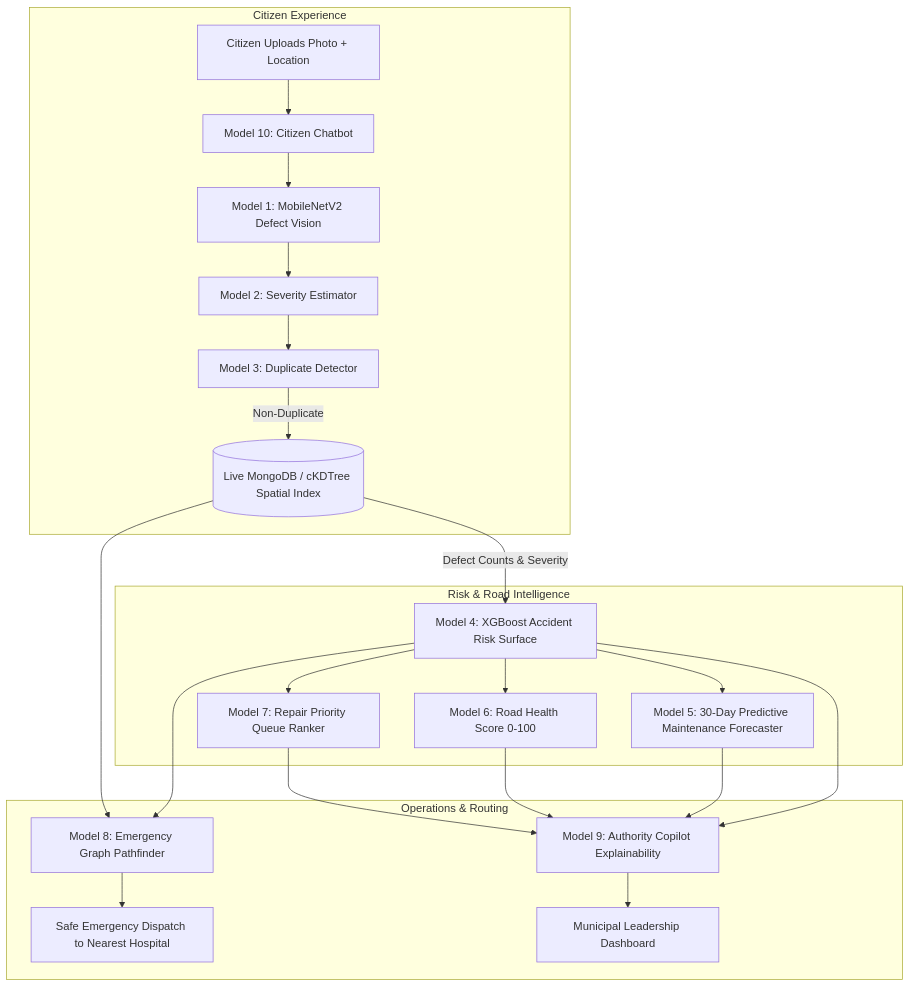
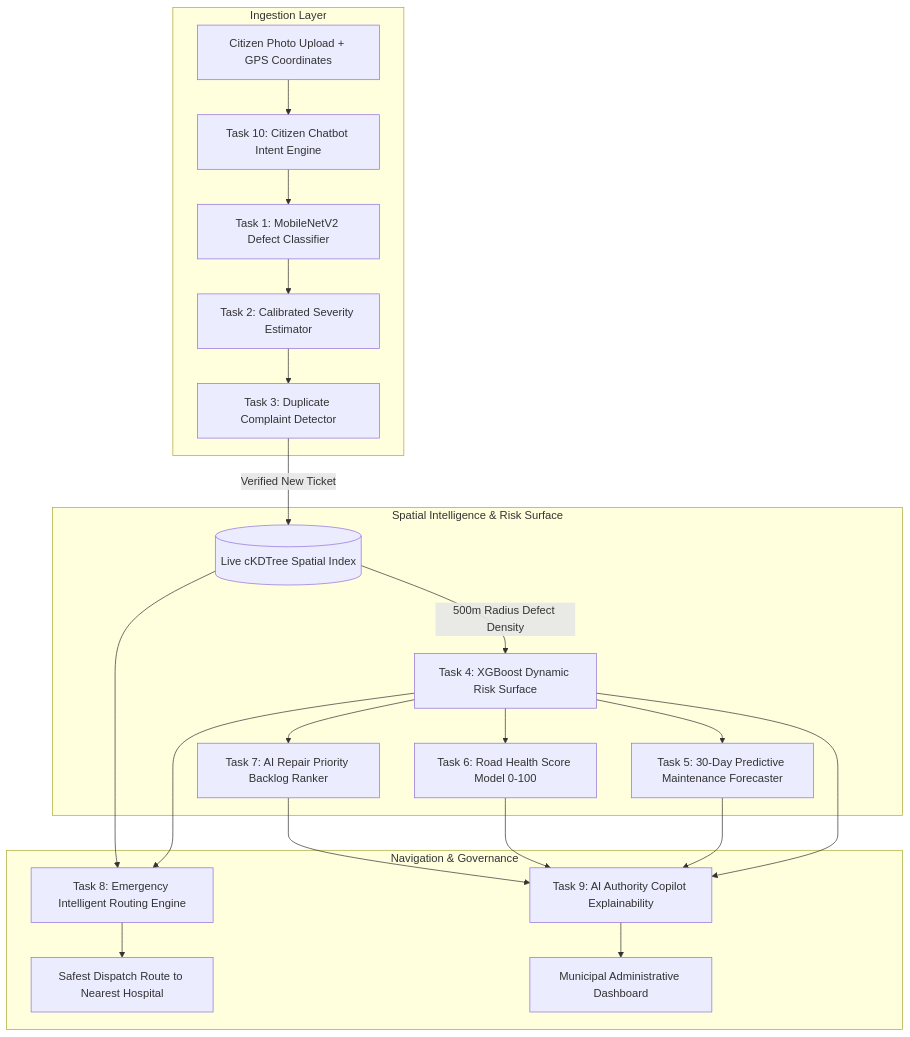
The diagram in ml-model/README.md (praveen-codes36/prahari-ai), drawn with Mermaid before and after one commit. The commit also changed other lines of this file, not shown here.

Commit message:
docs(ml-model): comprehensive README rewrite with 10-task breakdown, algorithm comparisons, evaluation metrics, and dataset links

````diff
--- a/ml-model/README.md
+++ b/ml-model/README.md
@@ -45,24 +97,24 @@
 ```mermaid
 flowchart TD
-    subgraph Citizen Experience
-        A[Citizen Uploads Photo + Location] --> B[Model 10: Citizen Chatbot]
-        B --> C[Model 1: MobileNetV2 Defect Vision]
-        C --> D[Model 2: Severity Estimator]
-        D --> E[Model 3: Duplicate Detector]
-        E -->|Non-Duplicate| F[(Live MongoDB / cKDTree Spatial Index)]
+    subgraph Ingestion Layer
+        A[Citizen Photo Upload + GPS Coordinates] --> B[Task 10: Citizen Chatbot Intent Engine]
+        B --> C[Task 1: MobileNetV2 Defect Classifier]
+        C --> D[Task 2: Calibrated Severity Estimator]
+        D --> E[Task 3: Duplicate Complaint Detector]
     end
 
-    subgraph Risk & Road Intelligence
-        F -->|Defect Counts & Severity| G[Model 4: XGBoost Accident Risk Surface]
-        G --> H[Model 5: 30-Day Predictive Maintenance Forecaster]
-        G --> I[Model 6: Road Health Score 0-100]
-        G --> J[Model 7: Repair Priority Queue Ranker]
+    subgraph Spatial Intelligence & Risk Surface
+        E -->|Verified New Ticket| F[(Live cKDTree Spatial Index)]
+        F -->|500m Radius Defect Density| G[Task 4: XGBoost Dynamic Risk Surface]
+        G --> H[Task 5: 30-Day Predictive Maintenance Forecaster]
+        G --> I[Task 6: Road Health Score Model 0-100]
+        G --> J[Task 7: AI Repair Priority Backlog Ranker]
     end
 
-    subgraph Operations & Routing
-        G & F --> K[Model 8: Emergency Graph Pathfinder]
-        K --> L[Safe Emergency Dispatch to Nearest Hospital]
-        G & H & I & J --> M[Model 9: Authority Copilot Explainability]
-        M --> N[Municipal Leadership Dashboard]
+    subgraph Navigation & Governance
+        G & F --> K[Task 8: Emergency Intelligent Routing Engine]
+        K --> L[Safest Dispatch Route to Nearest Hospital]
+        G & H & I & J --> M[Task 9: AI Authority Copilot Explainability]
+        M --> N[Municipal Administrative Dashboard]
     end
 ```
````
